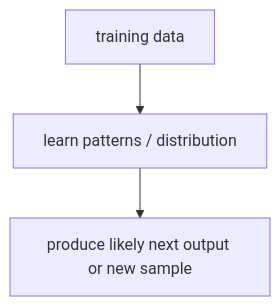
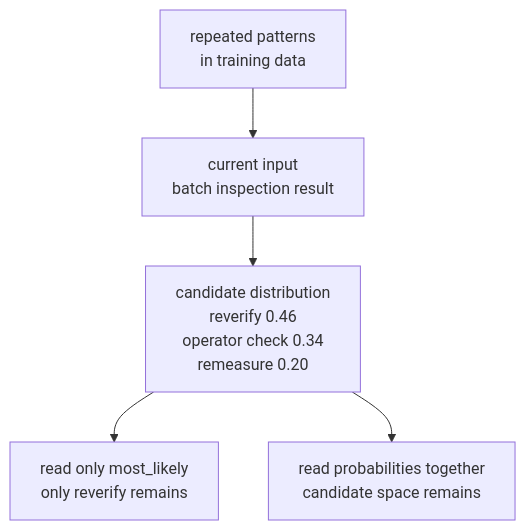
The diagram in docs/assets/part-05/chapter-15/generative-model-flow-en.mmd (devchan64/AiBook), drawn with Mermaid before and after one commit. The commit also changed 26 other files, not shown here.

```diff
--- a/docs/assets/part-05/chapter-15/generative-model-flow-en.mmd
+++ b/docs/assets/part-05/chapter-15/generative-model-flow-en.mmd
@@ -1,7 +1,11 @@
 flowchart TD
-  A["training data"]
-  B["learn patterns / distribution"]
-  C["produce likely next output or new sample"]
+  A["repeated patterns<br/>in training data"]
+  B["current input<br/>batch inspection result"]
+  C["candidate distribution<br/>reverify 0.46<br/>operator check 0.34<br/>remeasure 0.20"]
+  D["read only most_likely<br/>only reverify remains"]
+  E["read probabilities together<br/>candidate space remains"]
 
   A --> B
   B --> C
+  C --> D
+  C --> E
```
